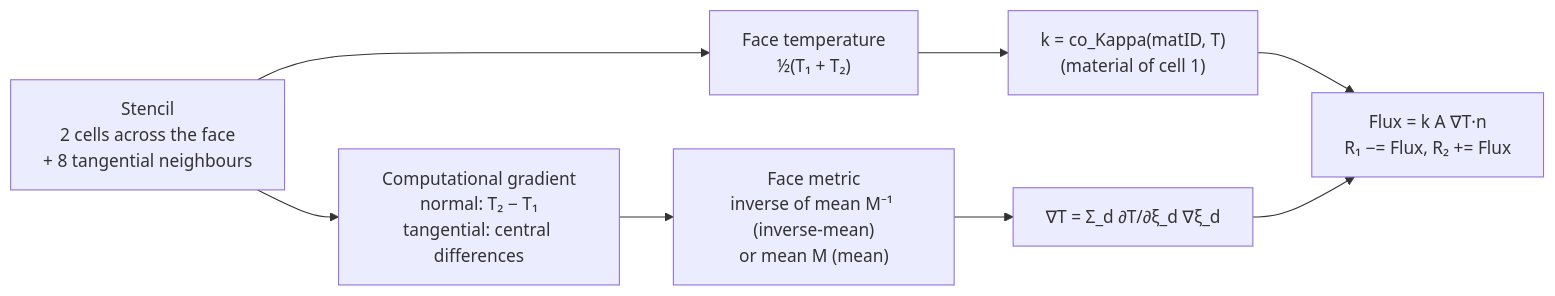
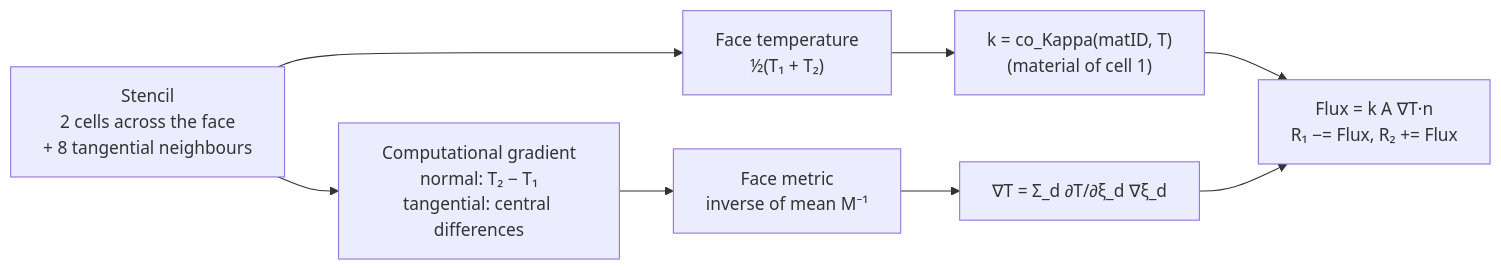
One commit to open-hydra/FUSS changed the fifth of 6 diagrams in docs/development/structure.md. Above: the diagram before and after it, drawn with Mermaid. The commit also changed other lines of this file and 12 other files, not shown here.

First line of the commit message:
Fluxes: the inverse-mean face metric only, diffusive-metric removed

````diff
--- a/docs/development/structure.md
+++ b/docs/development/structure.md
@@ -233,10 +233,10 @@
 ```mermaid
 flowchart LR
     A["Stencil<br/>2 cells across the face<br/>+ 8 tangential neighbours"] --> D["Computational gradient<br/>normal: T₂ − T₁<br/>tangential: central differences"]
     A --> B["Face temperature<br/>½(T₁ + T₂)"]
     B --> C["k = co_Kappa(matID, T)<br/>(material of cell 1)"]
-    D --> E["Face metric<br/>inverse of mean M⁻¹ (inverse-mean)<br/>or mean M (mean)"]
+    D --> E["Face metric<br/>inverse of mean M⁻¹"]
     E --> G["∇T = Σ_d ∂T/∂ξ_d ∇ξ_d"]
     C --> F["Flux = k A ∇T·n<br/>R₁ −= Flux, R₂ += Flux"]
     G --> F
 ```
````
